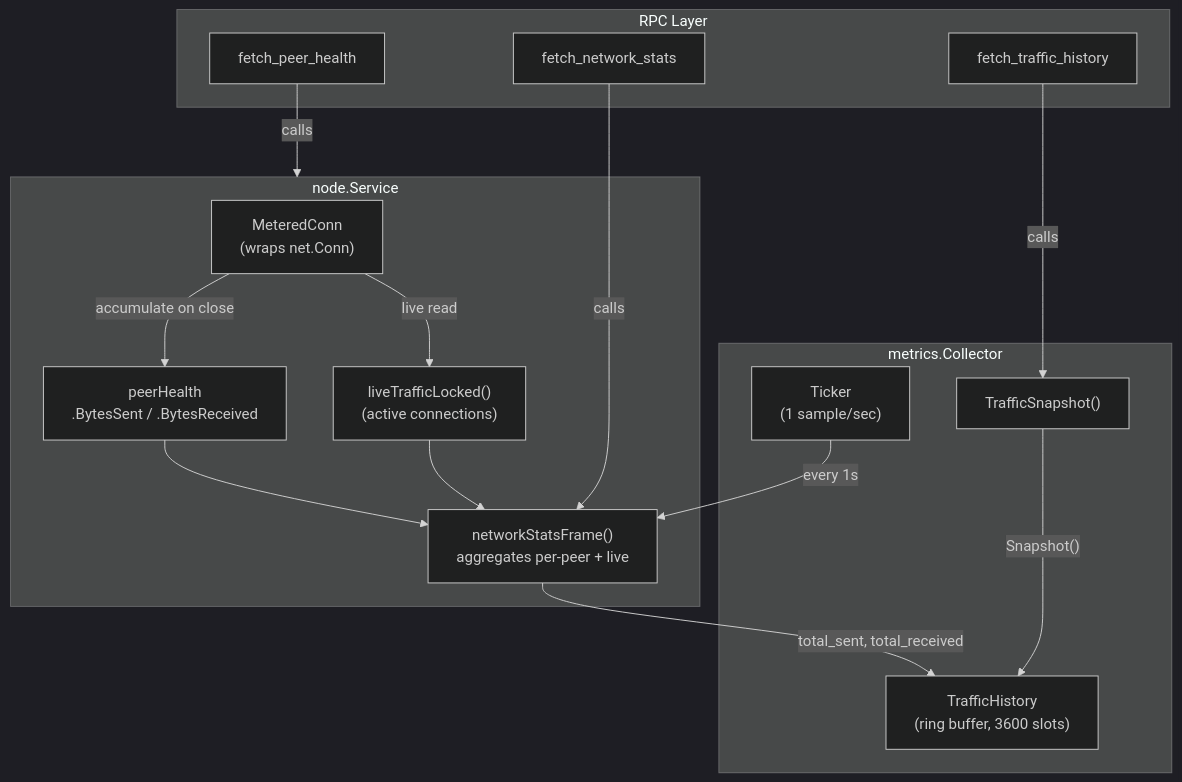
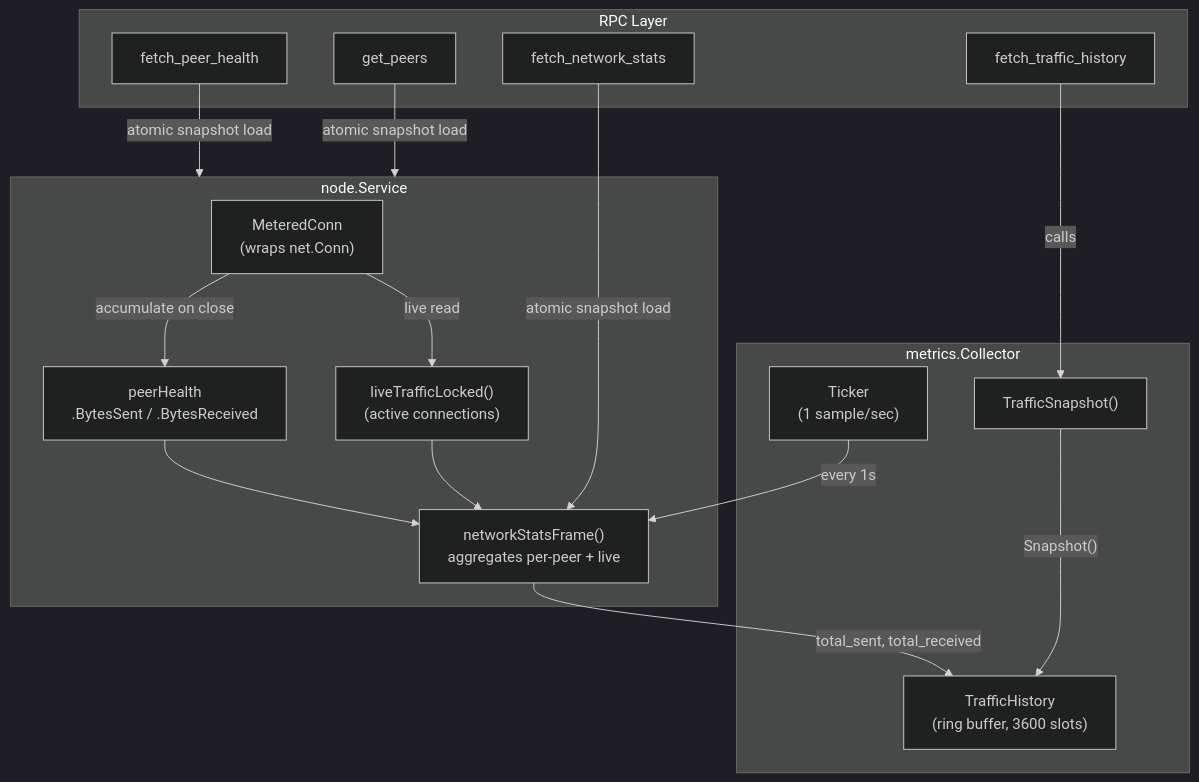
The first of 2 diagrams in docs/metrics.md (piratecash/corsa), drawn with Mermaid (dark theme) before and after one commit. The commit also changed other lines of this file and 20 other files, not shown here.

Commit message:
fix(node): decouple hot RPC reads from s.mu/cm.mu via primed atomic snapshots

````diff
--- a/docs/metrics.md
+++ b/docs/metrics.md
@@ -11,32 +11,34 @@
 ```mermaid
 graph TB
     subgraph Node["node.Service"]
         MC["MeteredConn<br/>(wraps net.Conn)"]
         PH["peerHealth<br/>.BytesSent / .BytesReceived"]
         LT["liveTrafficLocked()<br/>(active connections)"]
         NSF["networkStatsFrame()<br/>aggregates per-peer + live"]
         MC -->|"accumulate on close"| PH
         MC -->|"live read"| LT
         PH --> NSF
         LT --> NSF
     end
 
     subgraph Metrics["metrics.Collector"]
         TH["TrafficHistory<br/>(ring buffer, 3600 slots)"]
         TICK["Ticker<br/>(1 sample/sec)"]
         SNAP["TrafficSnapshot()"]
     end
 
     subgraph RPC["RPC Layer"]
         CMD["fetch_traffic_history"]
         CMD_NS["fetch_network_stats"]
         CMD_PH["fetch_peer_health"]
+        CMD_GP["get_peers"]
     end
 
     TICK -->|"every 1s"| NSF
     NSF -->|"total_sent, total_received"| TH
     SNAP -->|"Snapshot()"| TH
     CMD -->|"calls"| SNAP
-    CMD_NS -->|"calls"| NSF
-    CMD_PH -->|"calls"| Node
+    CMD_NS -->|"atomic snapshot load"| NSF
+    CMD_PH -->|"atomic snapshot load"| Node
+    CMD_GP -->|"atomic snapshot load"| Node
 ```
````
